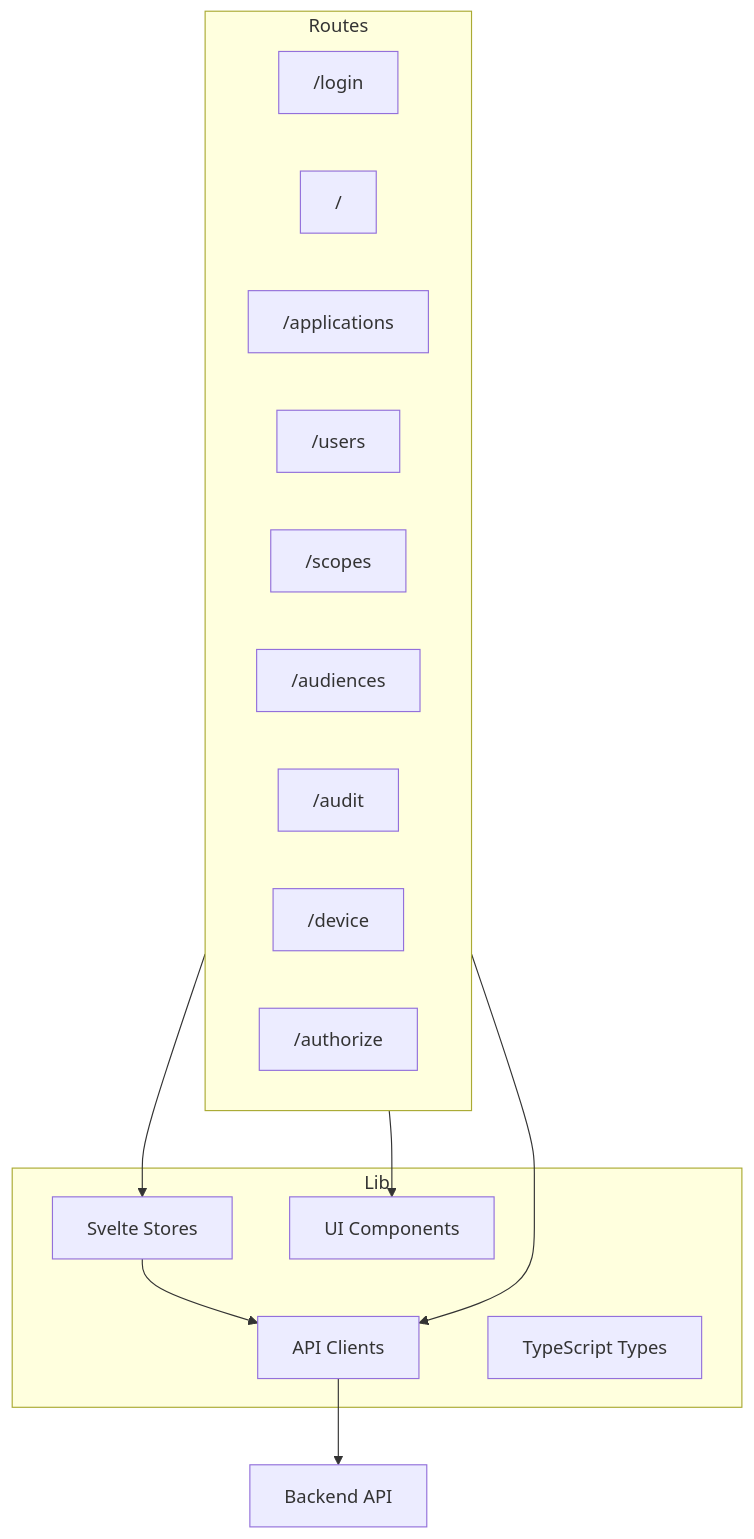
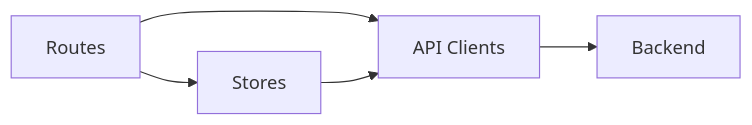
The first of 2 diagrams in frontend/README.md (royzah/OryxID), drawn with Mermaid before and after one commit. The commit also changed other lines of this file and 5 other files, not shown here.

````diff
--- a/frontend/README.md
+++ b/frontend/README.md
@@ -9,27 +7,7 @@
 ```mermaid
-graph TD
-    subgraph Routes
-        Login["/login"]
-        Dashboard["/"]
-        Apps["/applications"]
-        Users["/users"]
-        Scopes["/scopes"]
-        Audiences["/audiences"]
-        Audit["/audit"]
-        Device["/device"]
-        Authorize["/authorize"]
-    end
-
-    subgraph Lib
-        API["API Clients"]
-        Stores["Svelte Stores"]
-        Components["UI Components"]
-        Types["TypeScript Types"]
-    end
-
-    Routes --> API
+graph LR
+    Routes --> API[API Clients]
     Routes --> Stores
-    Routes --> Components
-    API --> Backend["Backend API"]
+    API --> Backend
     Stores --> API
 ```
````
